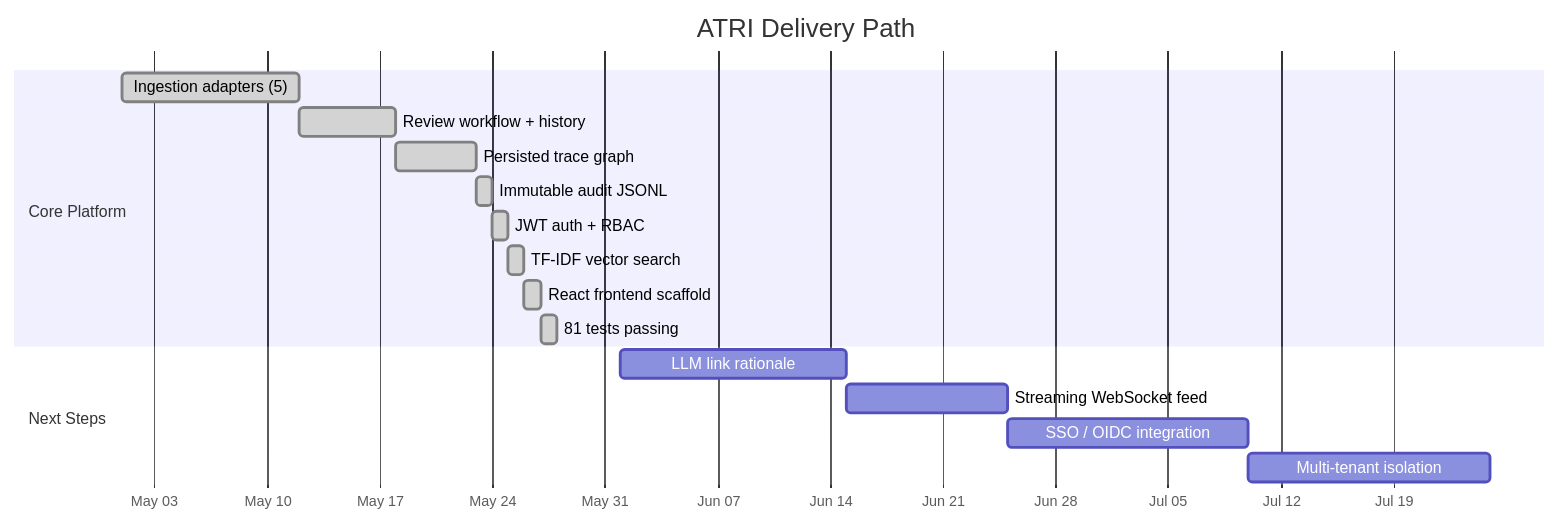
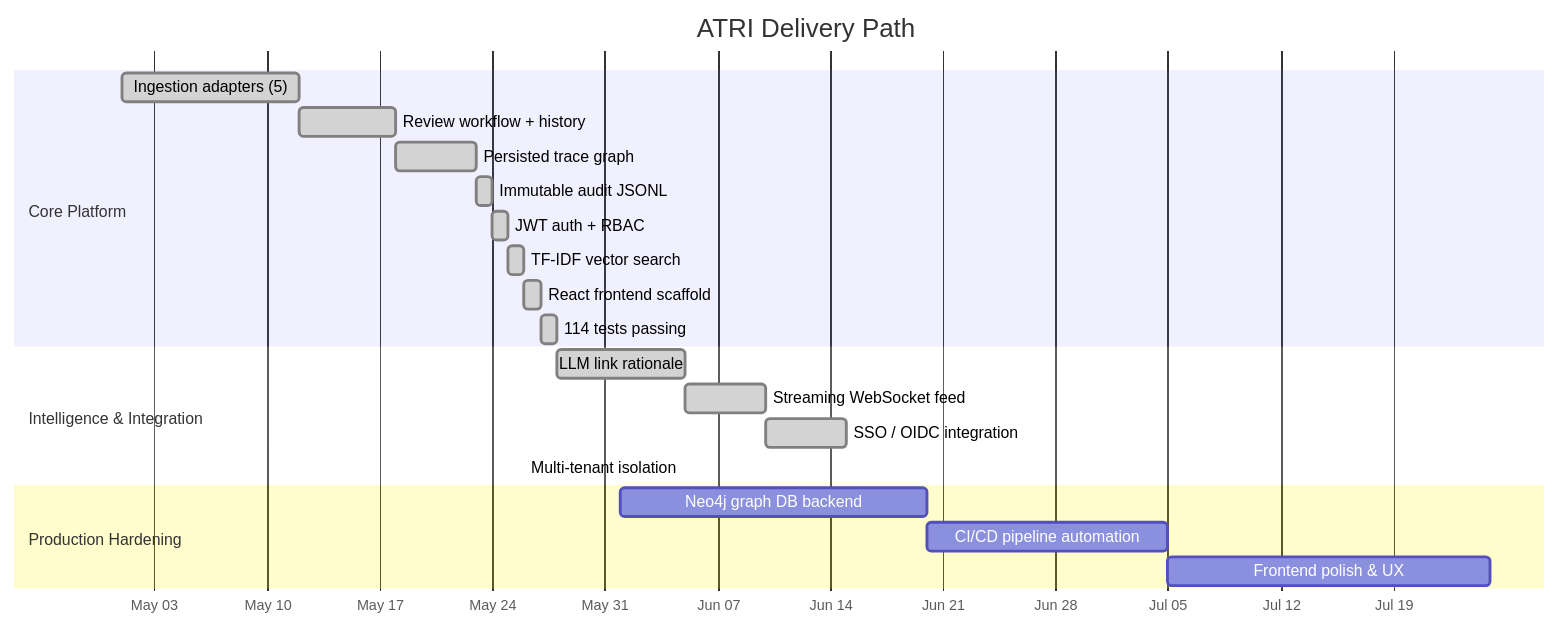
Before and after one commit to hkevin01/automated-traceability-requirements-intelligence: the fifth of 5 diagrams in README.md, drawn with Mermaid. The commit also changed other lines of this file and 6 other files, not shown here.

````diff
--- a/README.md
+++ b/README.md
@@ -539,20 +594,24 @@
 ```mermaid
 gantt
     title ATRI Delivery Path
     dateFormat  YYYY-MM-DD
     axisFormat  %b %d
     section Core Platform
     Ingestion adapters (5)       :done,    ingest,    2026-05-01, 2026-05-12
     Review workflow + history    :done,    review,    2026-05-12, 2026-05-18
     Persisted trace graph        :done,    graph,     2026-05-18, 2026-05-23
     Immutable audit JSONL        :done,    audit,     2026-05-23, 2026-05-24
     JWT auth + RBAC              :done,    auth,      2026-05-24, 2026-05-25
     TF-IDF vector search         :done,    vector,    2026-05-25, 2026-05-26
     React frontend scaffold      :done,    react,     2026-05-26, 2026-05-27
-    81 tests passing             :done,    tests,     2026-05-27, 2026-05-28
-    section Next Steps
-    LLM link rationale           :         llm,       2026-06-01, 2026-06-15
-    Streaming WebSocket feed     :         ws,        2026-06-15, 2026-06-25
-    SSO / OIDC integration       :         sso,       2026-06-25, 2026-07-10
-    Multi-tenant isolation       :         mt,        2026-07-10, 2026-07-25
+    114 tests passing            :done,    tests,     2026-05-27, 2026-05-28
+    section Intelligence & Integration
+    LLM link rationale           :done,    llm,       2026-05-28, 2026-06-05
+    Streaming WebSocket feed     :done,    ws,        2026-06-05, 2026-06-10
+    SSO / OIDC integration       :done,    sso,       2026-06-10, 2026-06-15
+    Multi-tenant isolation       :done,    mt,        2026-06-15, 2026-05-26
+    section Production Hardening
+    Neo4j graph DB backend       :         neo4j,     2026-06-01, 2026-06-20
+    CI/CD pipeline automation    :         cicd,      2026-06-20, 2026-07-05
+    Frontend polish & UX         :         ux,        2026-07-05, 2026-07-25
 ```
````
